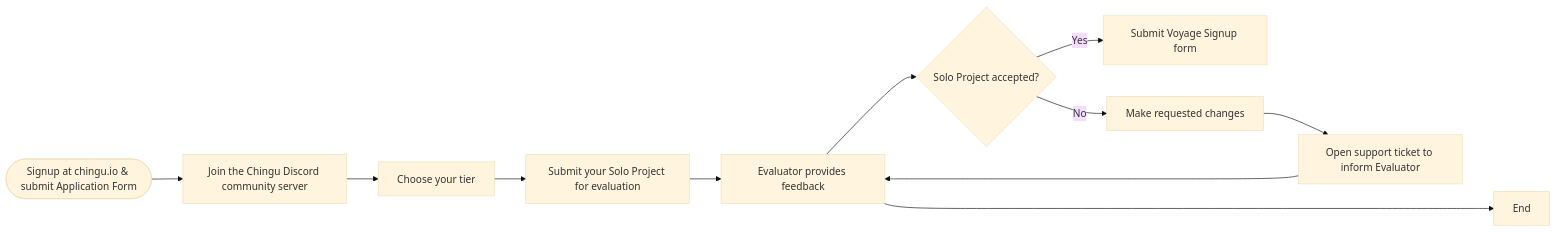
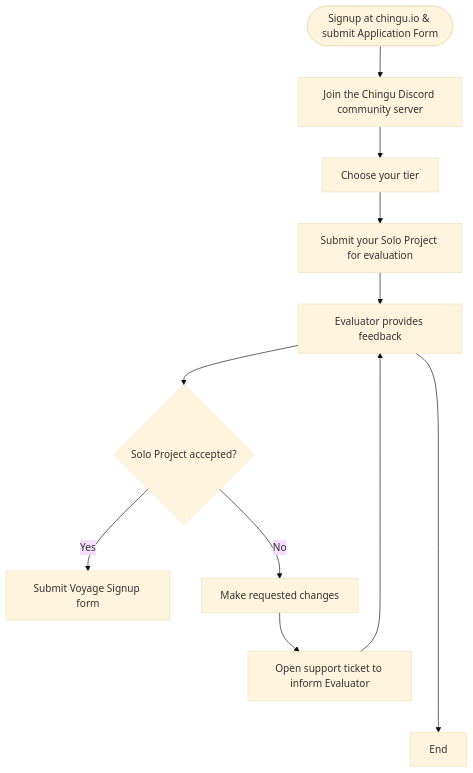
The first of 2 diagrams in README.md (chingu-voyages/Handbook), drawn with Mermaid (base theme) before and after one commit.

Commit message:
Feature: Add onboarding flowchart

````diff
--- a/README.md
+++ b/README.md
@@ -50,14 +50,14 @@
 ```mermaid
-flowchart LR
+flowchart TB
    A(["Signup at chingu.io & submit Application Form"]) --> B["Join the Chingu Discord community server"];
    B --> C["Choose your tier"];
    C --> D["Submit your Solo Project for evaluation"];
    D --> E["Evaluator provides feedback"];
    E --> F{"Solo Project accepted?"};
    F -- Yes --> G["Submit Voyage Signup form"];
    F -- No --> H["Make requested changes"];
    I["Open support ticket to inform Evaluator"];
    H --> I;
    I --> E;
    E -----> Z["End"];
 ```
````
